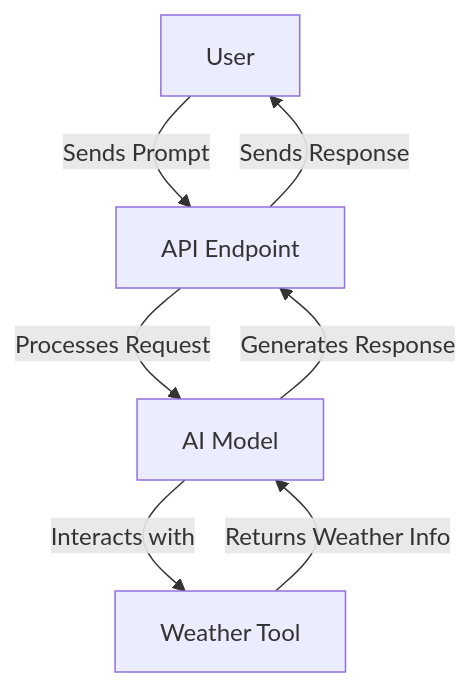
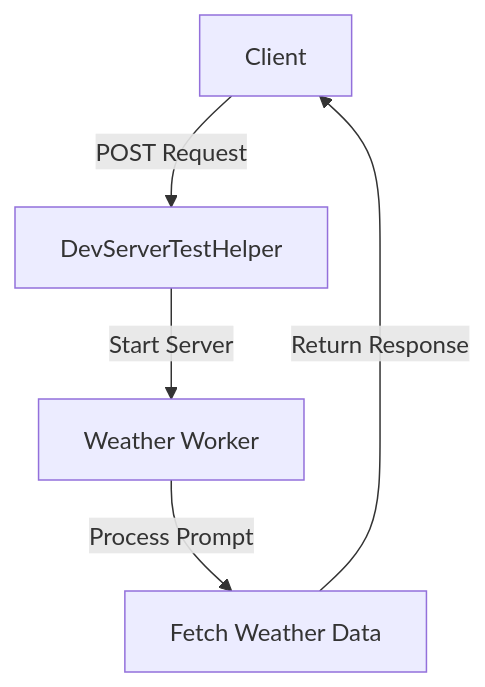
Before and after one commit to reeawnc/cloudflare: the diagram in apps/tool-calling/README.md, drawn with Mermaid. The commit also changed other lines of this file and 1 other file, not shown here.

````diff
--- a/apps/tool-calling/README.md
+++ b/apps/tool-calling/README.md
@@ -79,9 +29,7 @@
 ```mermaid
 graph TD;
-    A[User] -->|Sends Prompt| B[API Endpoint]
-    B -->|Processes Request| C[AI Model]
-    C -->|Interacts with| D[Weather Tool]
-    D -->|Returns Weather Info| C
-    C -->|Generates Response| B
-    B -->|Sends Response| A
+    A[Client] -->|POST Request| B[DevServerTestHelper]
+    B -->|Start Server| C[Weather Worker]
+    C -->|Process Prompt| D[Fetch Weather Data]
+    D -->|Return Response| A
 ```
````
